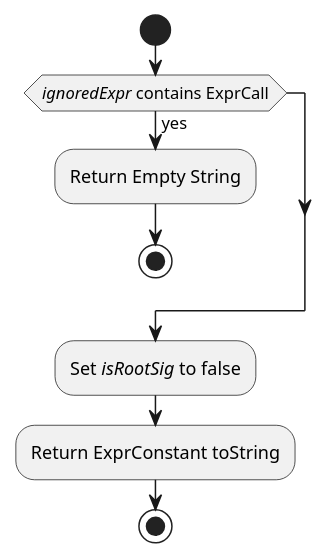
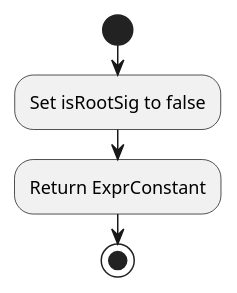
Before and after one commit to ontological-behavior-modeling/tester: the diagram in src/main/javadoc/edu/gatech/gtri/obm/alloy/translator/doc-files/ExprVisitor_visitExprConstant.puml, drawn with PlantUML. The commit also changed 12 other files, not shown here.

```diff
--- a/src/main/javadoc/edu/gatech/gtri/obm/alloy/translator/doc-files/ExprVisitor_visitExprConstant.puml
+++ b/src/main/javadoc/edu/gatech/gtri/obm/alloy/translator/doc-files/ExprVisitor_visitExprConstant.puml
@@ -1,10 +1,6 @@
 @startuml
 start
-if(//ignoredExpr// contains ExprCall) then (yes)
-:Return Empty String;
-stop
-endif
-:Set //isRootSig// to false;
-:Return ExprConstant toString;
+:Set isRootSig to false;
+:Return ExprConstant;
 stop
 @enduml
```
